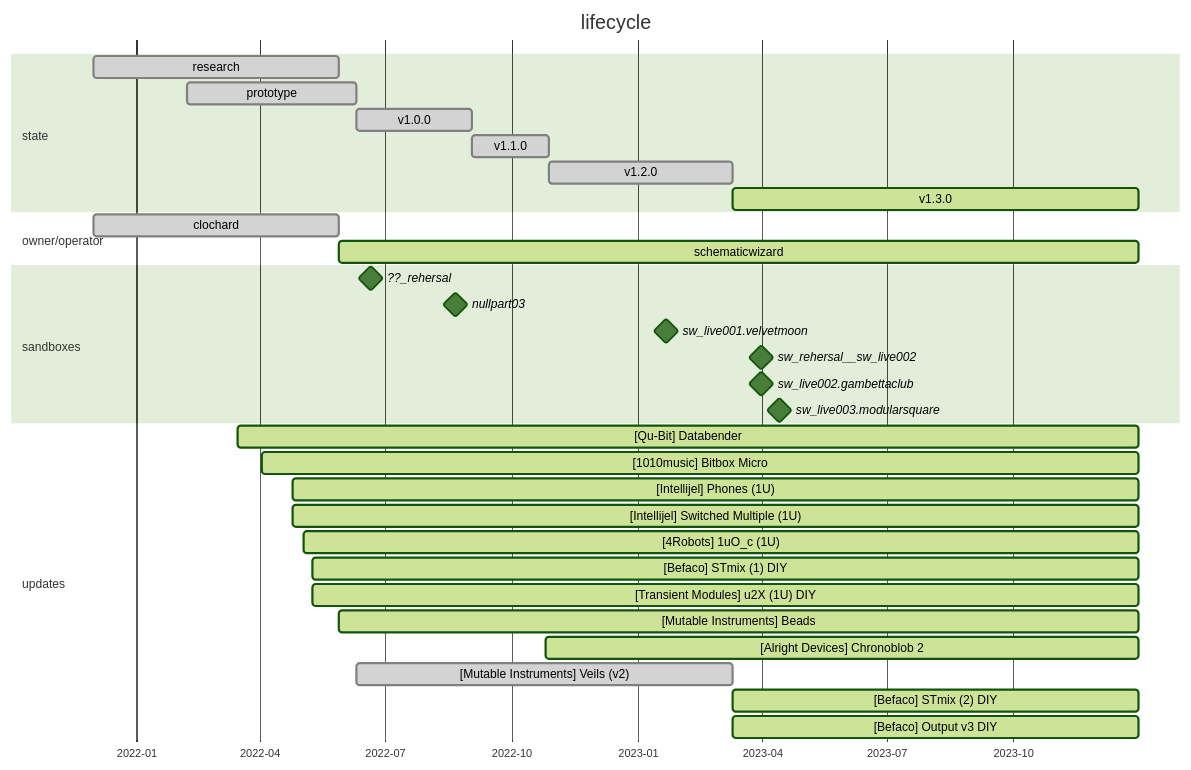
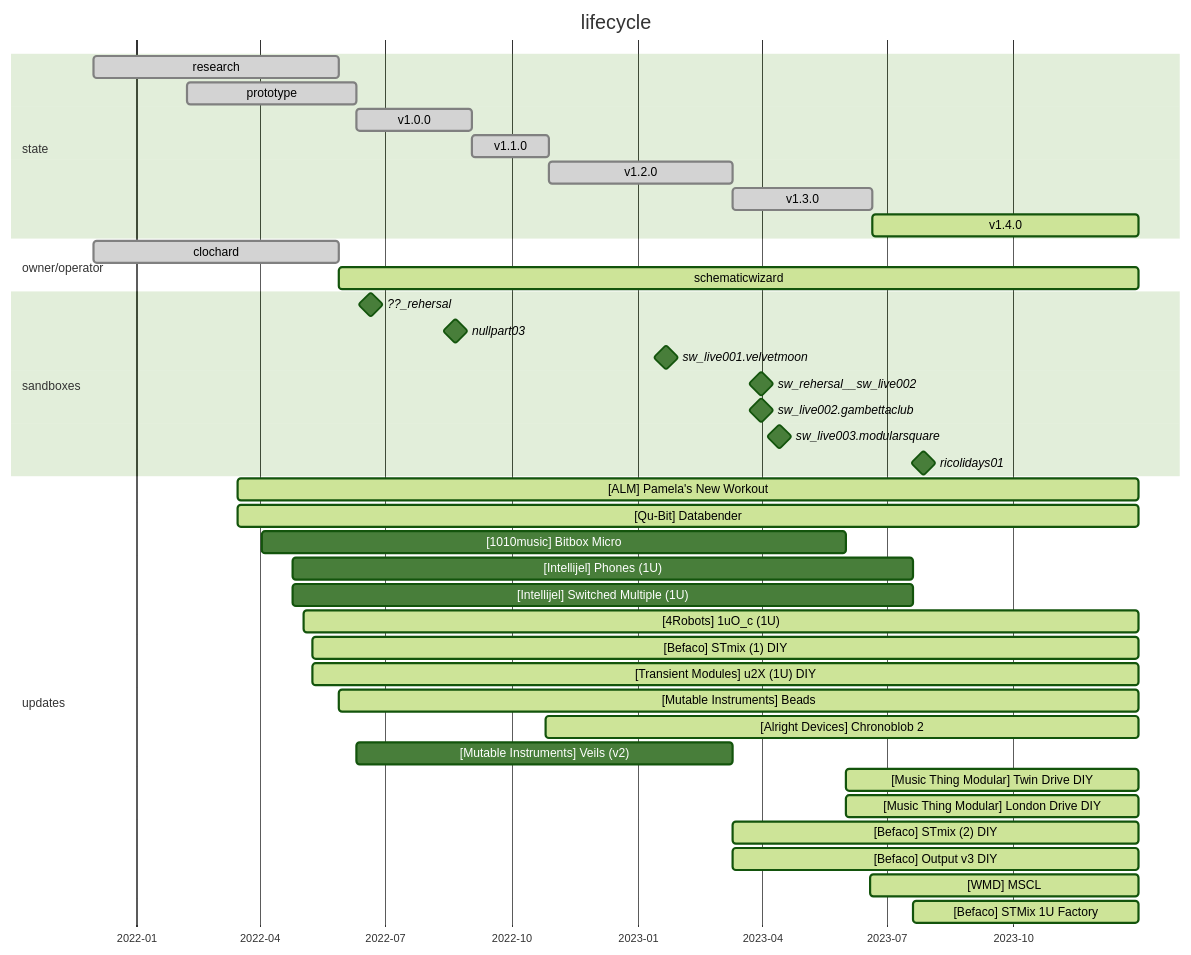
One commit to bill-of-materials/data changed the diagram in ELEMENTS/ELM-0004/ELM-0004.md. Above: the diagram before and after it, drawn with Mermaid (forest theme). The commit also changed 2 other files, not shown here.

Commit message:
feat(modular): update modular systems

````diff
--- a/ELEMENTS/ELM-0004/ELM-0004.md
+++ b/ELEMENTS/ELM-0004/ELM-0004.md
@@ -9,42 +9,49 @@
 ``` mermaid
 gantt
   todayMarker off
 
   title         lifecycle
   dateFormat    YYYY-MM-DD
   axisFormat    %Y-%m
 
   section state
   research   :done,      2021-12-01, 2022-05-28
   prototype  :done,      2022-02-07, 2022-06-10
   v1.0.0     :done,      2022-06-10, 2022-09-02
   v1.1.0     :done,      2022-09-02, 2022-10-28
   v1.2.0     :done,      2022-10-28, 2023-03-11
-  v1.3.0     :active,    2023-03-11, 2023-12-31
+  v1.3.0     :done,      2023-03-11, 2023-06-20
+  v1.4.0     :active,    2023-06-20, 2023-12-31
 
   section owner/operator
   clochard          :done,      2021-12-01, 2022-05-28
   schematicwizard   :active,    2022-05-28, 2023-12-31
 
   section sandboxes
   ??_rehersal                  :milestone, 2022-06-20, 1d
   nullpart03                   :milestone, 2022-08-14, 2022-08-28
   sw_live001.velvetmoon        :milestone, 2023-01-21, 1d
   sw_rehersal__sw_live002      :milestone, 2023-03-31, 1d
   sw_live002.gambettaclub      :milestone, 2023-03-31, 1d
   sw_live003.modularsquare     :milestone, 2023-04-13, 1d
+  ricolidays01                 :milestone, 2023-07-24, 2023-07-31
 
   section updates
+  [ALM] Pamela's New Workout                    :active,    2022-03-16, 2023-12-31
   [Qu-Bit] Databender                           :active,    2022-03-16, 2023-12-31
-  [1010music] Bitbox Micro                      :active,    2022-04-02, 2023-12-31
-  [Intellijel] Phones (1U)                      :active,    2022-04-25, 2023-12-31
-  [Intellijel] Switched Multiple (1U)           :active,    2022-04-25, 2023-12-31
+  [1010music] Bitbox Micro                      : ,         2022-04-02, 2023-06-01
+  [Intellijel] Phones (1U)                      : ,         2022-04-25, 2023-07-20
+  [Intellijel] Switched Multiple (1U)           : ,         2022-04-25, 2023-07-20
   [4Robots] 1uO_c (1U)                          :active,    2022-05-03, 2023-12-31
   [Befaco] STmix (1) DIY                        :active,    2022-05-09, 2023-12-31
   [Transient Modules] u2X (1U) DIY              :active,    2022-05-09, 2023-12-31
   [Mutable Instruments] Beads                   :active,    2022-05-28, 2023-12-31
   [Alright Devices] Chronoblob 2                :active,    2022-10-26, 2023-12-31
-  [Mutable Instruments] Veils (v2)              :done,      2022-06-10, 2023-03-11
+  [Mutable Instruments] Veils (v2)              : ,         2022-06-10, 2023-03-11
+  [Music Thing Modular] Twin Drive DIY          :active,    2023-06-01, 2023-12-31
+  [Music Thing Modular] London Drive DIY        :active,    2023-06-01, 2023-12-31
   [Befaco] STmix (2) DIY                        :active,    2023-03-11, 2023-12-31
   [Befaco] Output v3 DIY                        :active,    2023-03-11, 2023-12-31
+  [WMD] MSCL                                    :active,    2023-06-19, 2023-12-31
+  [Befaco] STMix 1U Factory                     :active,    2023-07-20, 2023-12-31
 ```
````
